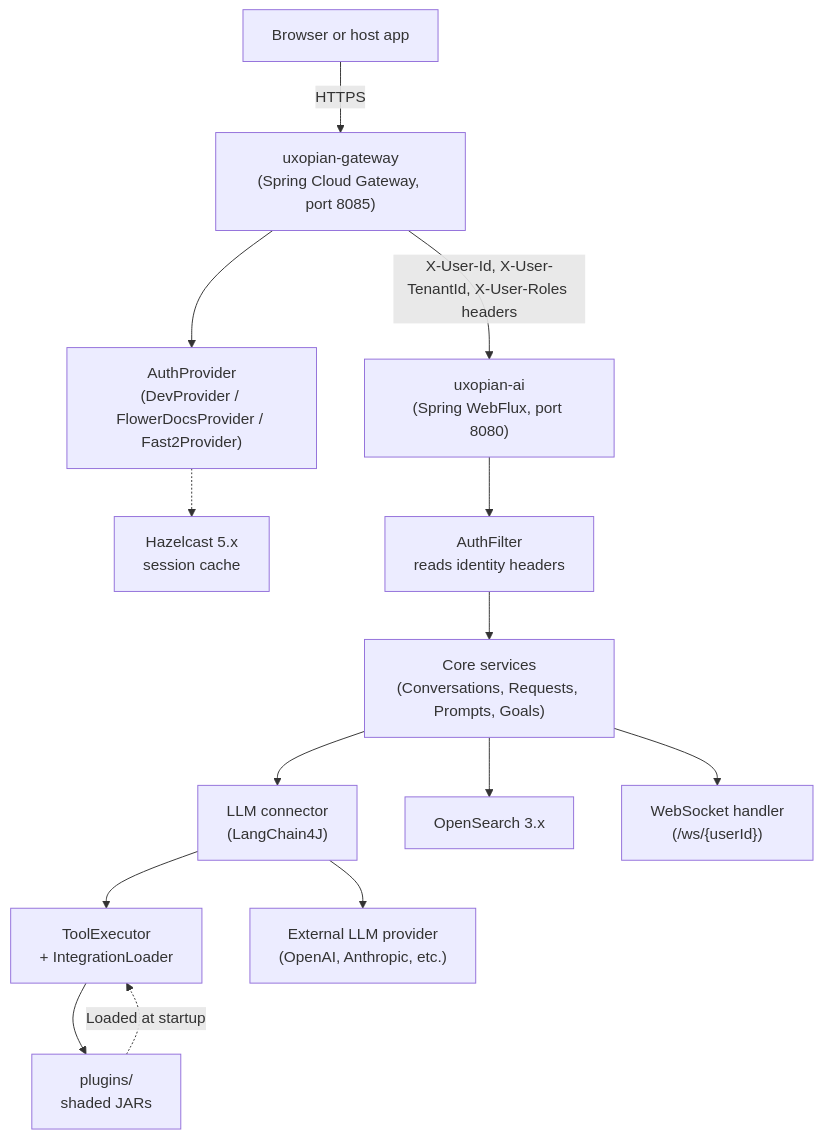
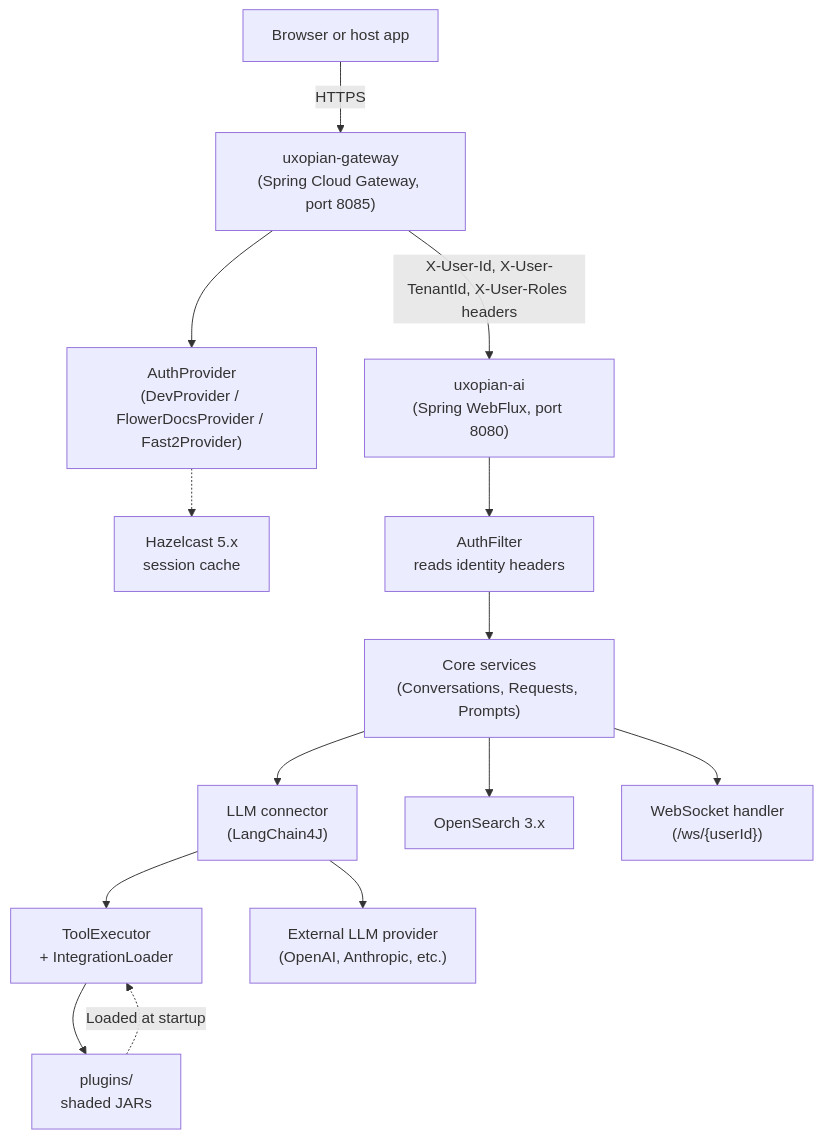
The diagram in docs/uxopian-ai/understanding/architecture.md (Uxopian/uxodocs), drawn with Mermaid before and after one commit. The commit also changed other lines of this file and 20 other files, not shown here.

````diff
--- a/docs/uxopian-ai/understanding/architecture.md
+++ b/docs/uxopian-ai/understanding/architecture.md
@@ -15,30 +15,30 @@
 ```mermaid
 graph TD
     Browser["Browser or host app"]
     GW["uxopian-gateway<br/>(Spring Cloud Gateway, port 8085)"]
     Auth["AuthProvider<br/>(DevProvider / FlowerDocsProvider / Fast2Provider)"]
     HZ["Hazelcast 5.x<br/>session cache"]
     AI["uxopian-ai<br/>(Spring WebFlux, port 8080)"]
     AF["AuthFilter<br/>reads identity headers"]
-    Core["Core services<br/>(Conversations, Requests, Prompts, Goals)"]
+    Core["Core services<br/>(Conversations, Requests, Prompts)"]
     LLM["LLM connector<br/>(LangChain4J)"]
     Tools["ToolExecutor<br/>+ IntegrationLoader"]
     Plugins["plugins/<br/>shaded JARs"]
     OS["OpenSearch 3.x"]
     LLMEXT["External LLM provider<br/>(OpenAI, Anthropic, etc.)"]
     WS["WebSocket handler<br/>(/ws/{userId})"]
 
     Browser -->|"HTTPS"| GW
     GW --> Auth
     Auth -.-> HZ
     GW -->|"X-User-Id, X-User-TenantId, X-User-Roles headers"| AI
     AI --> AF
     AF --> Core
     Core --> LLM
     Core --> OS
     Core --> WS
     LLM --> Tools
     LLM --> LLMEXT
     Tools --> Plugins
     Plugins -.->|"Loaded at startup"| Tools
 ```
````
